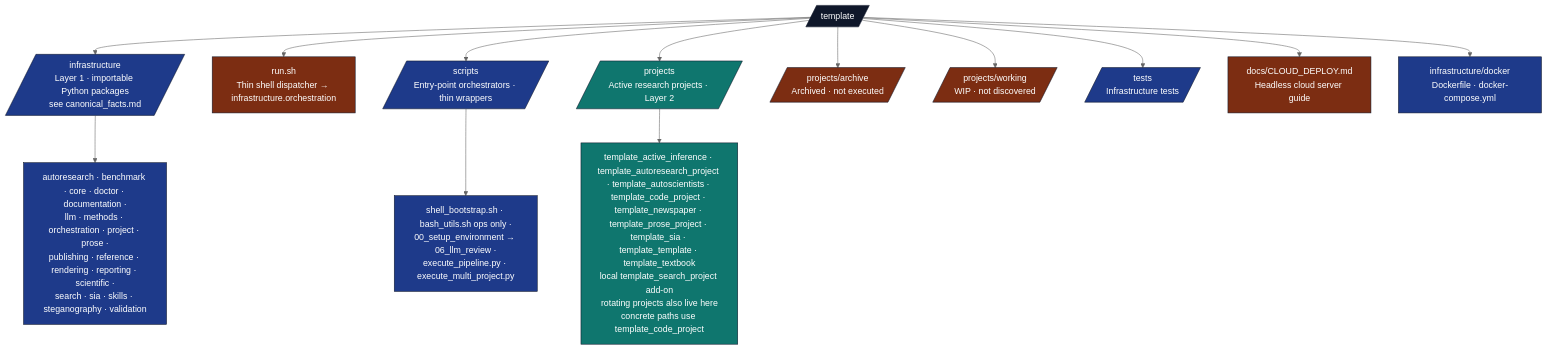
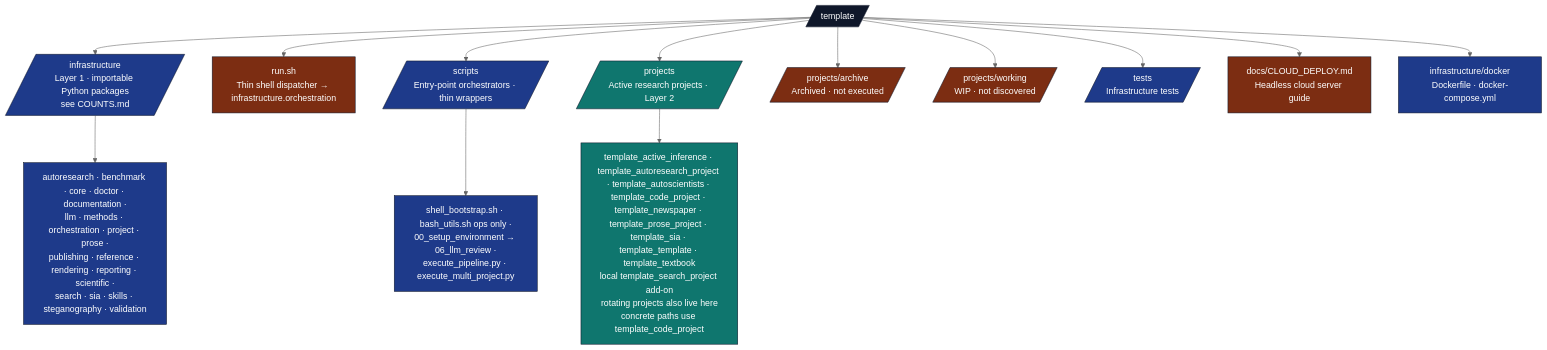
Before and after one commit to docxology/template: the diagram in docs/PAI.md, drawn with Mermaid (neutral theme). The commit also changed other lines of this file and 94 other files, not shown here.

````diff
--- a/docs/PAI.md
+++ b/docs/PAI.md
@@ -69,28 +69,28 @@
 ```mermaid
 flowchart TB
     ROOT[/template/]
-    ROOT --> INFRA[/infrastructure<br/>Layer 1 · importable Python packages<br/>see canonical_facts.md/]
+    ROOT --> INFRA[/infrastructure<br/>Layer 1 · importable Python packages<br/>see COUNTS.md/]
     ROOT --> RUN[run.sh<br/>Thin shell dispatcher → infrastructure.orchestration]
     ROOT --> SCR[/scripts<br/>Entry-point orchestrators · thin wrappers/]
     ROOT --> PROJ[/projects<br/>Active research projects · Layer 2/]
     ROOT --> ARCH[/projects/archive<br/>Archived · not executed/]
     ROOT --> WIP[/projects/working<br/>WIP · not discovered/]
     ROOT --> T[/tests<br/>Infrastructure tests/]
     ROOT --> DOCS[docs/CLOUD_DEPLOY.md<br/>Headless cloud server guide]
     ROOT --> DOCKER[infrastructure/docker<br/>Dockerfile · docker-compose.yml]
 
     INFRA --> INFRA_PKGS[autoresearch · benchmark · core · doctor · documentation ·<br/>llm · methods · orchestration · project · prose ·<br/>publishing · reference · rendering · reporting · scientific ·<br/>search · sia · skills · steganography · validation]
 
     SCR --> SCR_FILES[shell_bootstrap.sh · bash_utils.sh ops only ·<br/>00_setup_environment → 06_llm_review ·<br/>execute_pipeline.py · execute_multi_project.py]
 
     PROJ --> PROJ_F["template_active_inference · template_autoresearch_project · template_autoscientists · template_code_project · template_newspaper · template_prose_project · template_sia · template_template · template_textbook<br/>local template_search_project add-on<br/>rotating projects also live here<br/>concrete paths use template_code_project"]
 
     classDef root fill:#0f172a,stroke:#0f172a,color:#fff
     classDef l1 fill:#1e3a8a,stroke:#0f172a,color:#fff
     classDef l2 fill:#0f766e,stroke:#0f172a,color:#fff
     classDef gen fill:#7c2d12,stroke:#0f172a,color:#fff
     class ROOT root
     class INFRA,SCR,T,DOCKER,INFRA_PKGS,SCR_FILES l1
     class PROJ,PROJ_F l2
     class ARCH,WIP,DOCS,RUN gen
 ```
````
